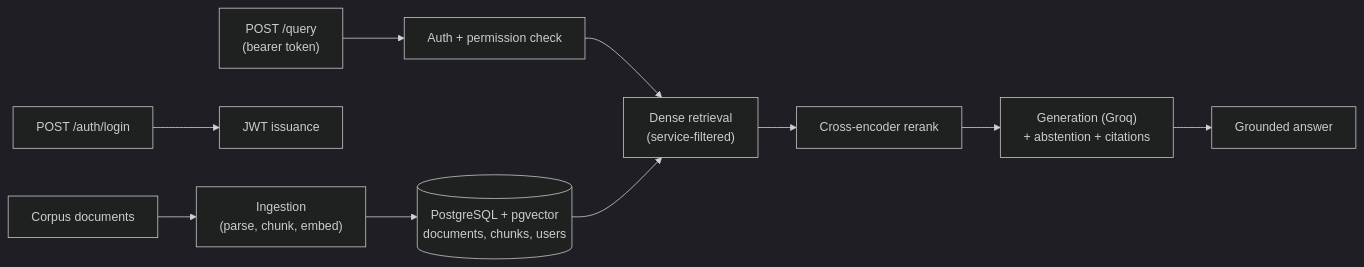
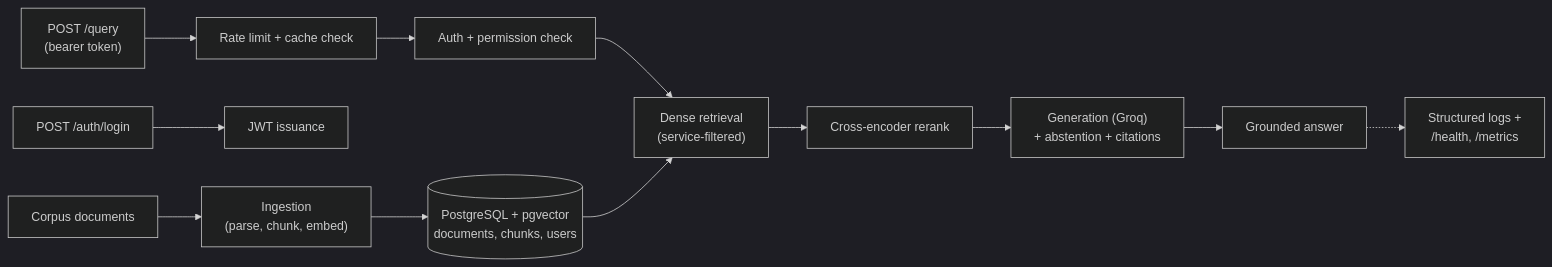
Before and after one commit to KayBee1880/Sift: the diagram in README.md, drawn with Mermaid (dark theme). The commit also changed other lines of this file and 14 other files, not shown here.

Commit message:
feat: add rate limiting, response caching, health/metrics endpoints, and synthetic load testing

````diff
--- a/README.md
+++ b/README.md
@@ -49,12 +49,14 @@
 ```mermaid
 flowchart LR
     Corpus["Corpus documents"] --> Ingest["Ingestion<br/>(parse, chunk, embed)"]
     Ingest --> PG[("PostgreSQL + pgvector<br/>documents, chunks, users")]
     Login["POST /auth/login"] --> Auth["JWT issuance"]
-    Query["POST /query<br/>(bearer token)"] --> AuthCheck["Auth + permission check"]
+    Query["POST /query<br/>(bearer token)"] --> RateLimit["Rate limit + cache check"]
+    RateLimit --> AuthCheck["Auth + permission check"]
     AuthCheck --> Retrieval["Dense retrieval<br/>(service-filtered)"]
     PG --> Retrieval
     Retrieval --> Rerank["Cross-encoder rerank"]
     Rerank --> Gen["Generation (Groq)<br/>+ abstention + citations"]
     Gen --> Answer["Grounded answer"]
+    Answer -.-> Logs["Structured logs +<br/>/health, /metrics"]
 ```
````
